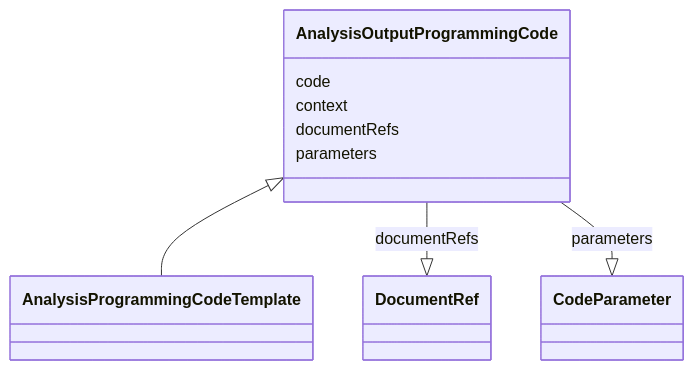
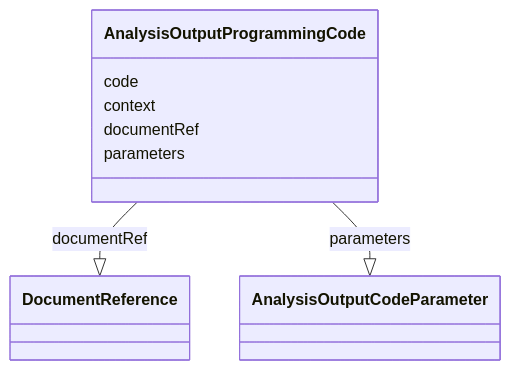
The diagram in project/docs/AnalysisOutputProgrammingCode.md (cdisc-org/analysis-results-standard), drawn with Mermaid before and after one commit. The commit also changed other lines of this file and 281 other files, not shown here.

````diff
--- a/project/docs/AnalysisOutputProgrammingCode.md
+++ b/project/docs/AnalysisOutputProgrammingCode.md
@@ -14,19 +14,17 @@
 ```mermaid
  classDiagram
     class AnalysisOutputProgrammingCode
-      AnalysisOutputProgrammingCode <|-- AnalysisProgrammingCodeTemplate
-      
       AnalysisOutputProgrammingCode : code
         
       AnalysisOutputProgrammingCode : context
         
-      AnalysisOutputProgrammingCode : documentRefs
+      AnalysisOutputProgrammingCode : documentRef
         
-          AnalysisOutputProgrammingCode --|> DocumentRef : documentRefs
+          AnalysisOutputProgrammingCode --|> DocumentReference : documentRef
         
       AnalysisOutputProgrammingCode : parameters
         
-          AnalysisOutputProgrammingCode --|> CodeParameter : parameters
+          AnalysisOutputProgrammingCode --|> AnalysisOutputCodeParameter : parameters
         
       
 ```
````
